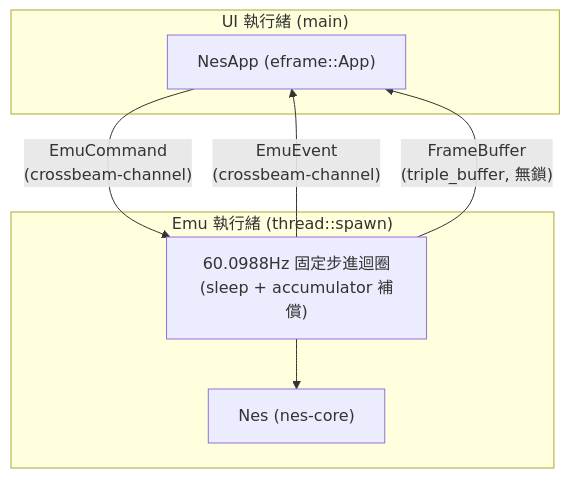
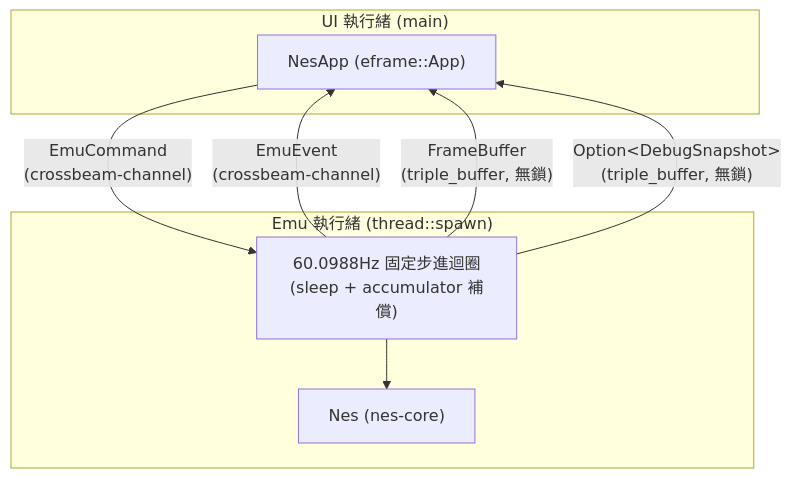
The second of 4 diagrams in docs/architecture.md (cnfzon/nes_emulato), drawn with Mermaid before and after one commit. The commit also changed other lines of this file and 22 other files, not shown here.

````diff
--- a/docs/architecture.md
+++ b/docs/architecture.md
@@ -36,15 +36,16 @@
 ```mermaid
 graph TB
     subgraph UI["UI 執行緒 (main)"]
         App["NesApp (eframe::App)"]
     end
     subgraph Emu["Emu 執行緒 (thread::spawn)"]
         Nes["Nes (nes-core)"]
         Loop["60.0988Hz 固定步進迴圈<br/>(sleep + accumulator 補償)"]
     end
 
     App -- "EmuCommand\n(crossbeam-channel)" --> Loop
     Loop -- "EmuEvent\n(crossbeam-channel)" --> App
     Loop -- "FrameBuffer\n(triple_buffer, 無鎖)" --> App
+    Loop -- "Option&lt;DebugSnapshot&gt;\n(triple_buffer, 無鎖)" --> App
     Loop --> Nes
 ```
````
